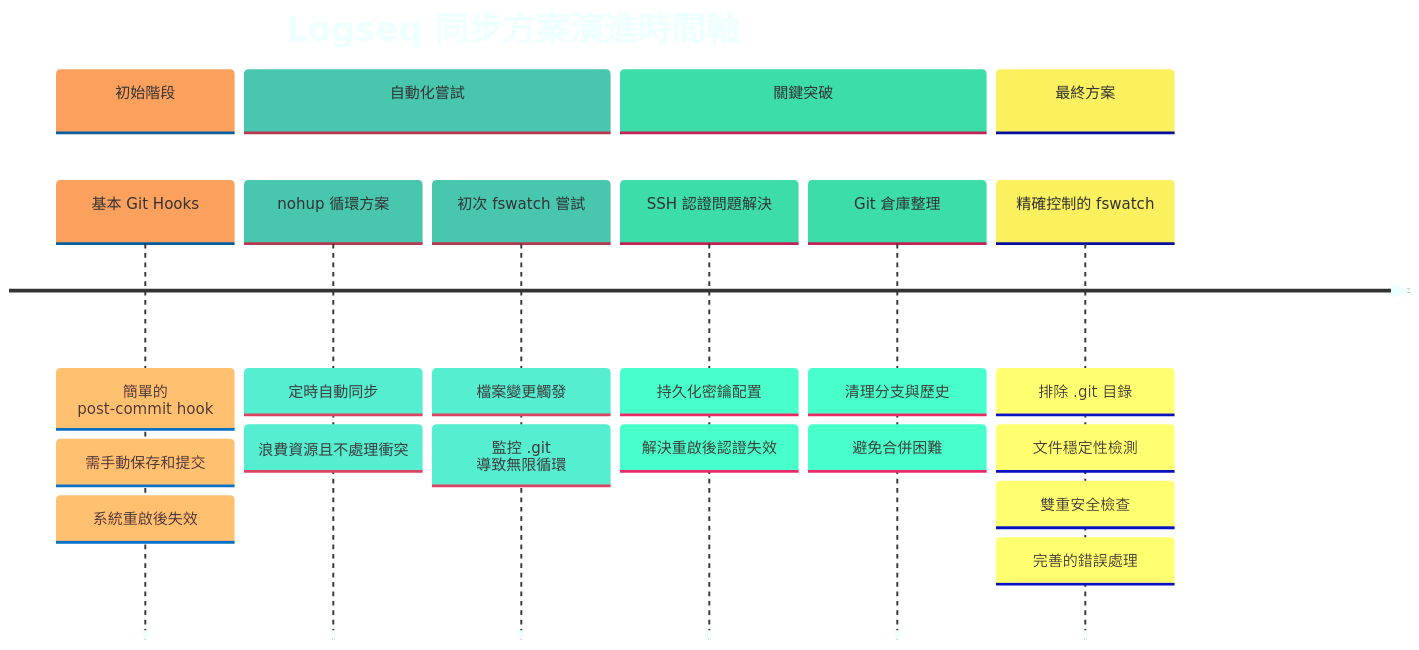
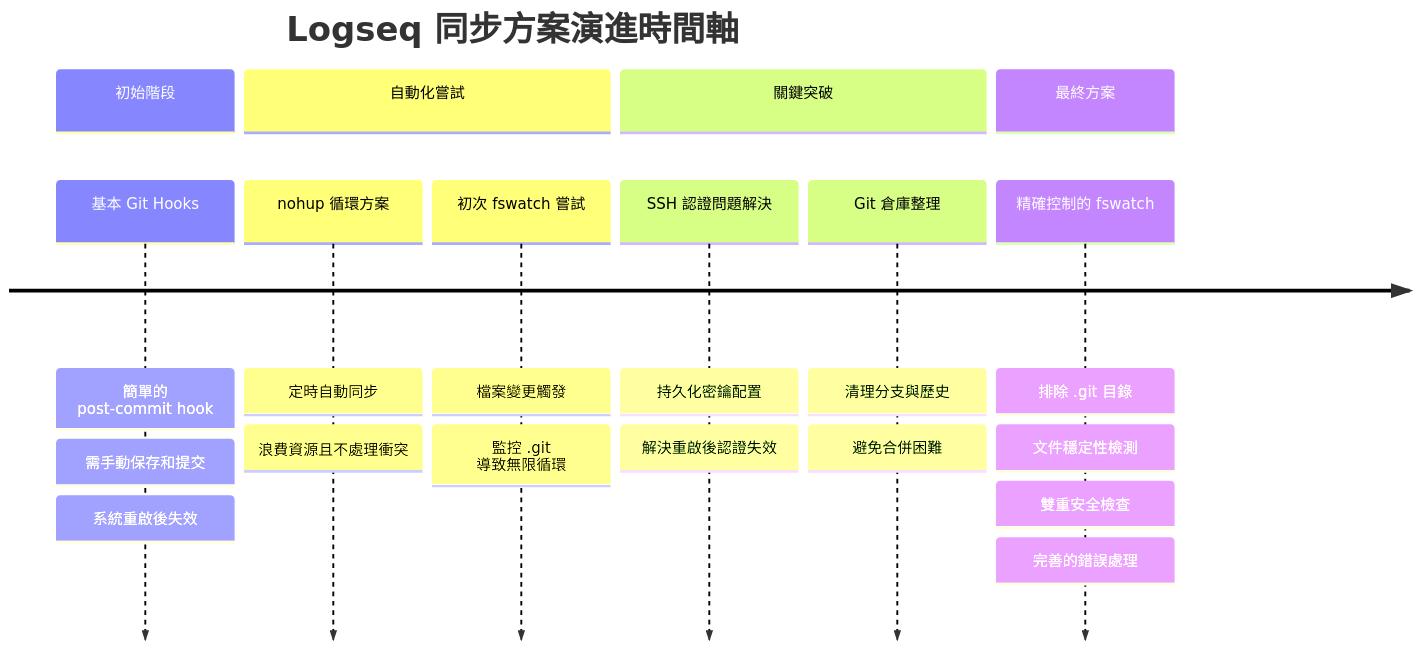
Before and after one commit to GengGeng026/Sync-Logseq: the first of 2 diagrams in Logseq同步方案演進記錄.md, drawn with Mermaid.

Commit message:
Auto-sync: Wed Mar 26 09:50:57 +08 2025

````diff
--- a/Logseq同步方案演進記錄.md
+++ b/Logseq同步方案演進記錄.md
@@ -24,41 +24,41 @@
 ```mermaid
 %%{init: {
   'theme': 'base', 
   'themeVariables': {
     'primaryColor': '#FEE9D9',
     'secondaryColor': '#A9E4D9',
     'tertiaryColor': '#A9F0D9',
     'quaternaryColor': '#A9FAD9',
     'lineColor': '#A9D9D9',
     'primaryBorderColor': '#A9D9D9',
     'background': 'transparent',
     'textColor': '#EEFFFF',
     'nodeBorder': 'darkgrey',
     'clusterBkg': 'transparent',
     'titleColor': '#EEFFFF',
     'fontFamily': 'Source Code Pro',
-    'fontSize': 3
+    'T
   }
 }}%%
 timeline
     title Logseq 同步方案演進時間軸
     section 初始階段
         基本 Git Hooks : 簡單的 post-commit hook
         : 需手動保存和提交
         : 系統重啟後失效
     section 自動化嘗試
         nohup 循環方案 : 定時自動同步
         : 浪費資源且不處理衝突
         初次 fswatch 嘗試 : 檔案變更觸發
         : 監控 .git 導致無限循環
     section 關鍵突破
         SSH 認證問題解決 : 持久化密鑰配置
         : 解決重啟後認證失效
         Git 倉庫整理 : 清理分支與歷史
         : 避免合併困難
     section 最終方案
         精確控制的 fswatch : 排除 .git 目錄
         : 文件穩定性檢測
         : 雙重安全檢查
         : 完善的錯誤處理
 ```
````
